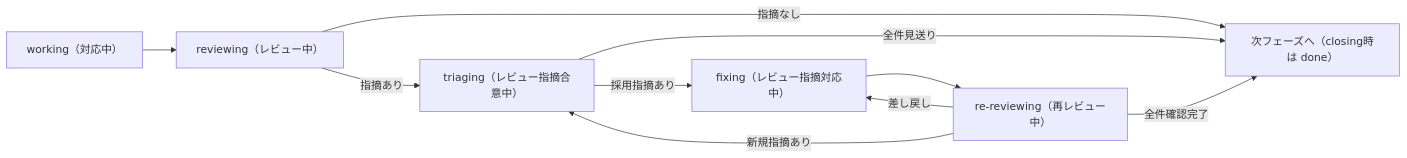
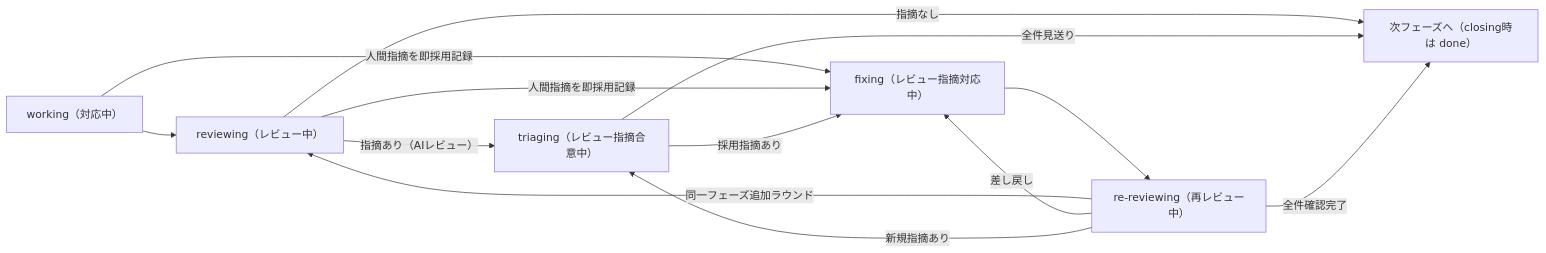
Before and after one commit to sasaki819/AIco: the second of 2 diagrams in docs/03.spec/03.workflow.md, drawn with Mermaid. The commit also changed other lines of this file and 47 other files, not shown here.

````diff
--- a/docs/03.spec/03.workflow.md
+++ b/docs/03.spec/03.workflow.md
@@ -58,12 +58,15 @@
 ```mermaid
 flowchart LR
     W["working（対応中）"] --> R["reviewing（レビュー中）"]
-    R -->|"指摘あり"| T["triaging（レビュー指摘合意中）"]
+    W -->|"人間指摘を即採用記録"| F["fixing（レビュー指摘対応中）"]
+    R -->|"指摘あり（AIレビュー）"| T["triaging（レビュー指摘合意中）"]
+    R -->|"人間指摘を即採用記録"| F
     R -->|"指摘なし"| NEXT["次フェーズへ（closing時は done）"]
-    T -->|"採用指摘あり"| F["fixing（レビュー指摘対応中）"]
+    T -->|"採用指摘あり"| F
     T -->|"全件見送り"| NEXT
     F --> RR["re-reviewing（再レビュー中）"]
     RR -->|"全件確認完了"| NEXT
+    RR -->|"同一フェーズ追加ラウンド"| R
     RR -->|"差し戻し"| F
     RR -->|"新規指摘あり"| T
 ```
````
